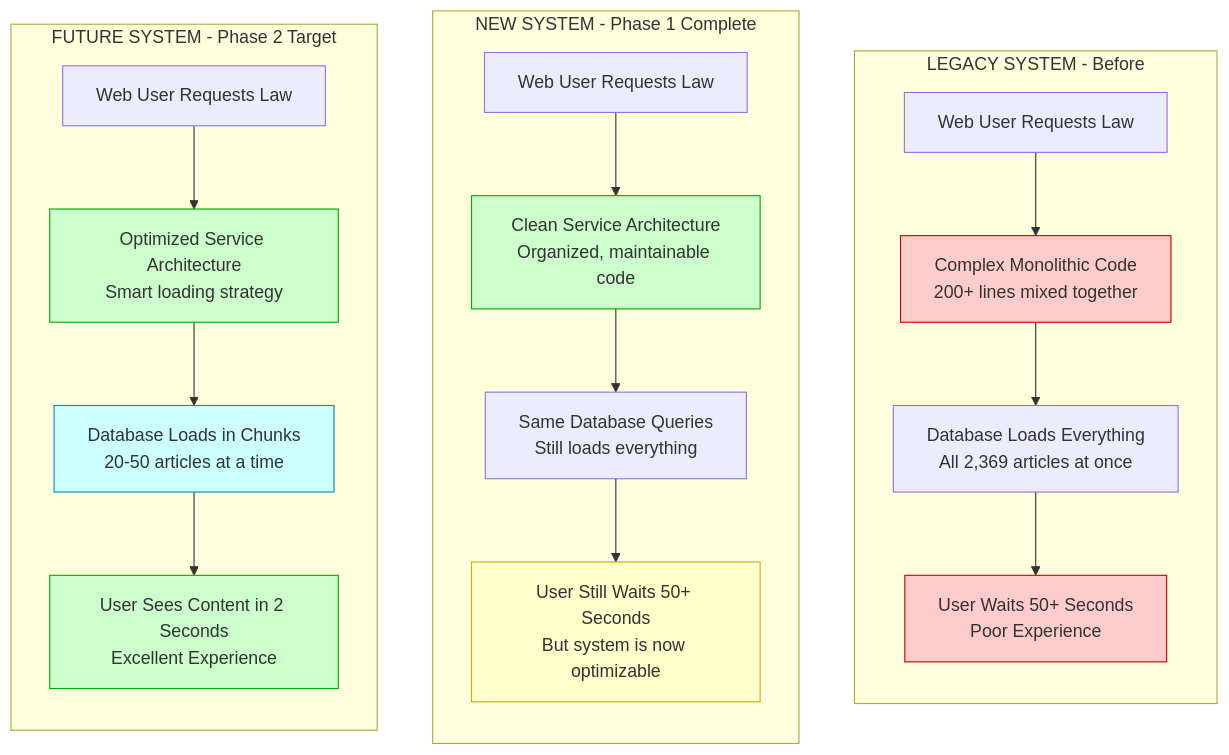
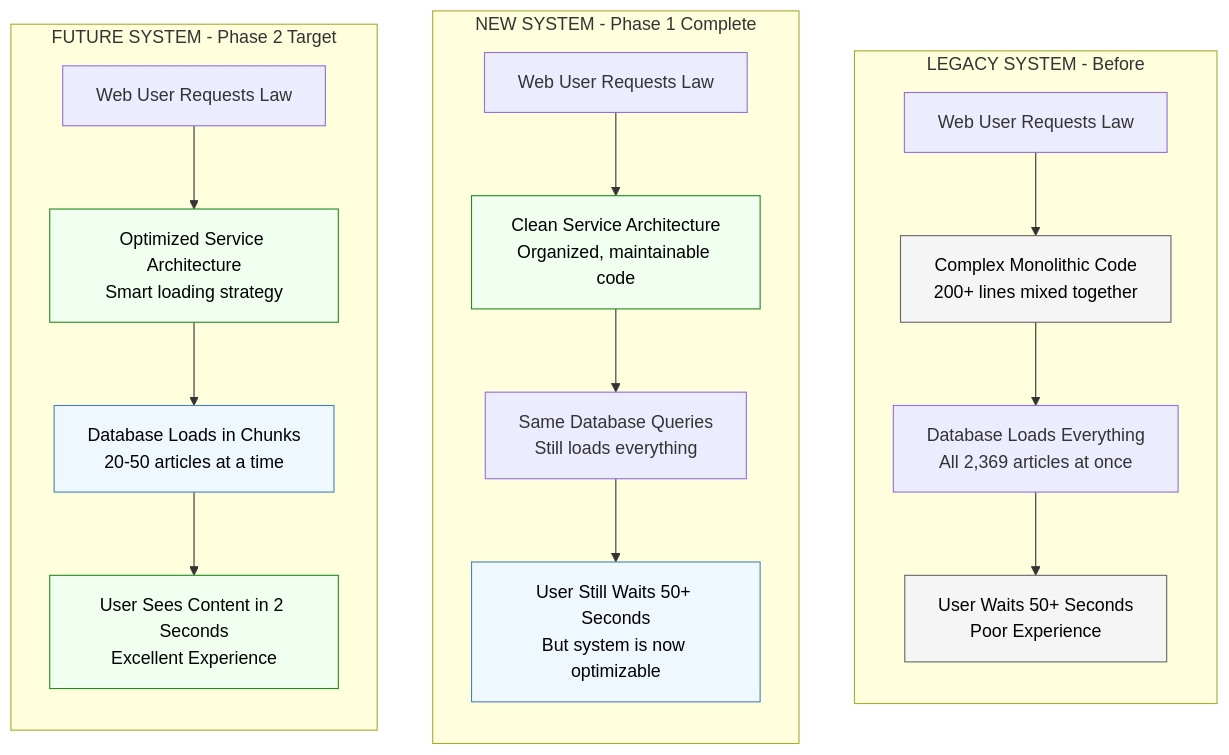
One commit to TodoLegal/TodoLegal changed the second of 14 diagrams in docs/get_raw_law_refactor/LAW_DISPLAY_ARCHITECTURE_GUIDE.md. Above: the diagram before and after it, drawn with Mermaid. The commit also changed other lines of this file, not shown here.

````diff
--- a/docs/get_raw_law_refactor/LAW_DISPLAY_ARCHITECTURE_GUIDE.md
+++ b/docs/get_raw_law_refactor/LAW_DISPLAY_ARCHITECTURE_GUIDE.md
@@ -62,33 +62,33 @@
 ```mermaid
 flowchart TD
     subgraph "LEGACY SYSTEM - Before"
         direction TB
         L1[Web User Requests Law] --> L2[Complex Monolithic Code<br/>200+ lines mixed together]
         L2 --> L3[Database Loads Everything<br/>All 2,369 articles at once]
         L3 --> L4[User Waits 50+ Seconds<br/>Poor Experience]
         
-        style L2 fill:#ffcccc,stroke:#cc0000
-        style L4 fill:#ffcccc,stroke:#cc0000
+        style L2 fill:#f5f5f5,stroke:#666666,color:#000000
+        style L4 fill:#f5f5f5,stroke:#666666,color:#000000
     end
     
     subgraph "NEW SYSTEM - Phase 1 Complete"
         direction TB
         N1[Web User Requests Law] --> N2[Clean Service Architecture<br/>Organized, maintainable code]
         N2 --> N3[Same Database Queries<br/>Still loads everything]
         N3 --> N4[User Still Waits 50+ Seconds<br/>But system is now optimizable]
         
-        style N2 fill:#ccffcc,stroke:#00aa00
-        style N4 fill:#ffffcc,stroke:#ccaa00
+        style N2 fill:#f0fff0,stroke:#228b22,color:#000000
+        style N4 fill:#f0f8ff,stroke:#4682b4,color:#000000
     end
     
     subgraph "FUTURE SYSTEM - Phase 2 Target"
         direction TB
         F1[Web User Requests Law] --> F2[Optimized Service Architecture<br/>Smart loading strategy]
         F2 --> F3[Database Loads in Chunks<br/>20-50 articles at a time]
         F3 --> F4[User Sees Content in 2 Seconds<br/>Excellent Experience]
         
-        style F2 fill:#ccffcc,stroke:#00aa00
-        style F3 fill:#ccffff,stroke:#0088cc
-        style F4 fill:#ccffcc,stroke:#00aa00
+        style F2 fill:#f0fff0,stroke:#228b22,color:#000000
+        style F3 fill:#f0f8ff,stroke:#4682b4,color:#000000
+        style F4 fill:#f0fff0,stroke:#228b22,color:#000000
     end
 ```
````
